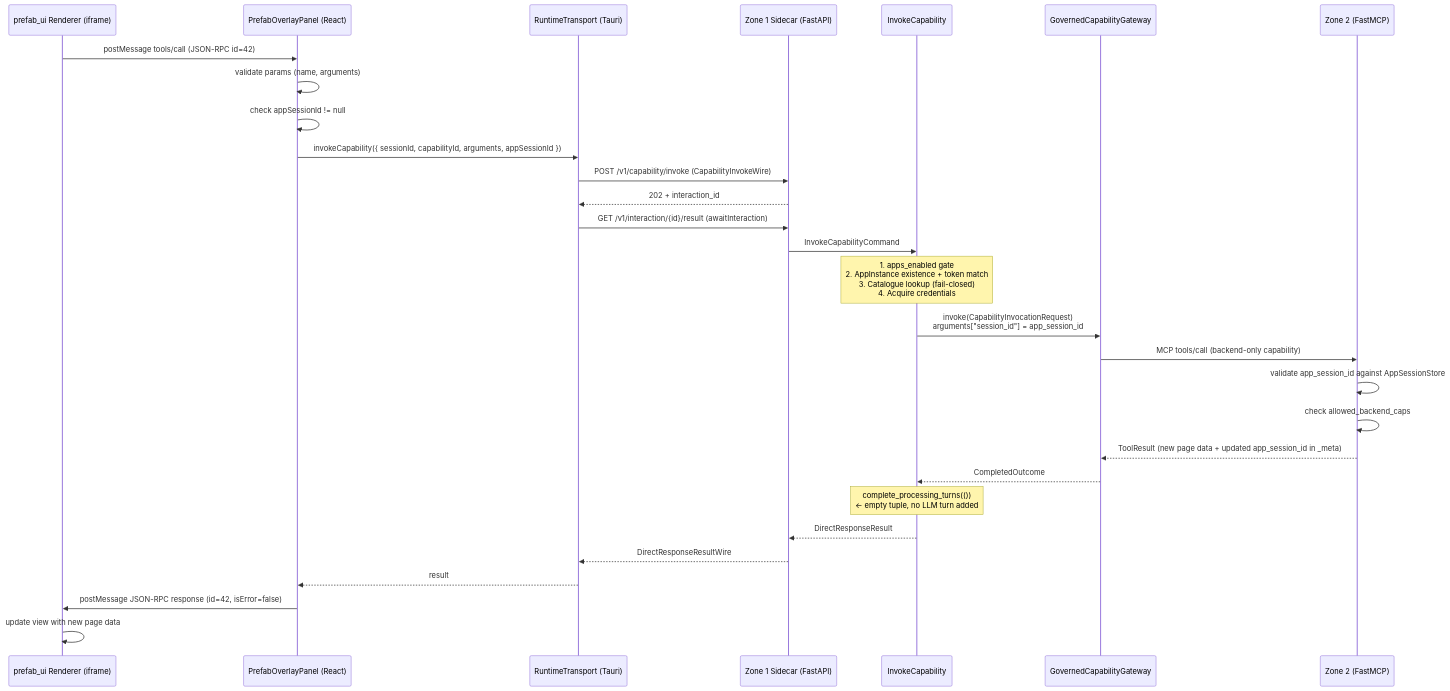
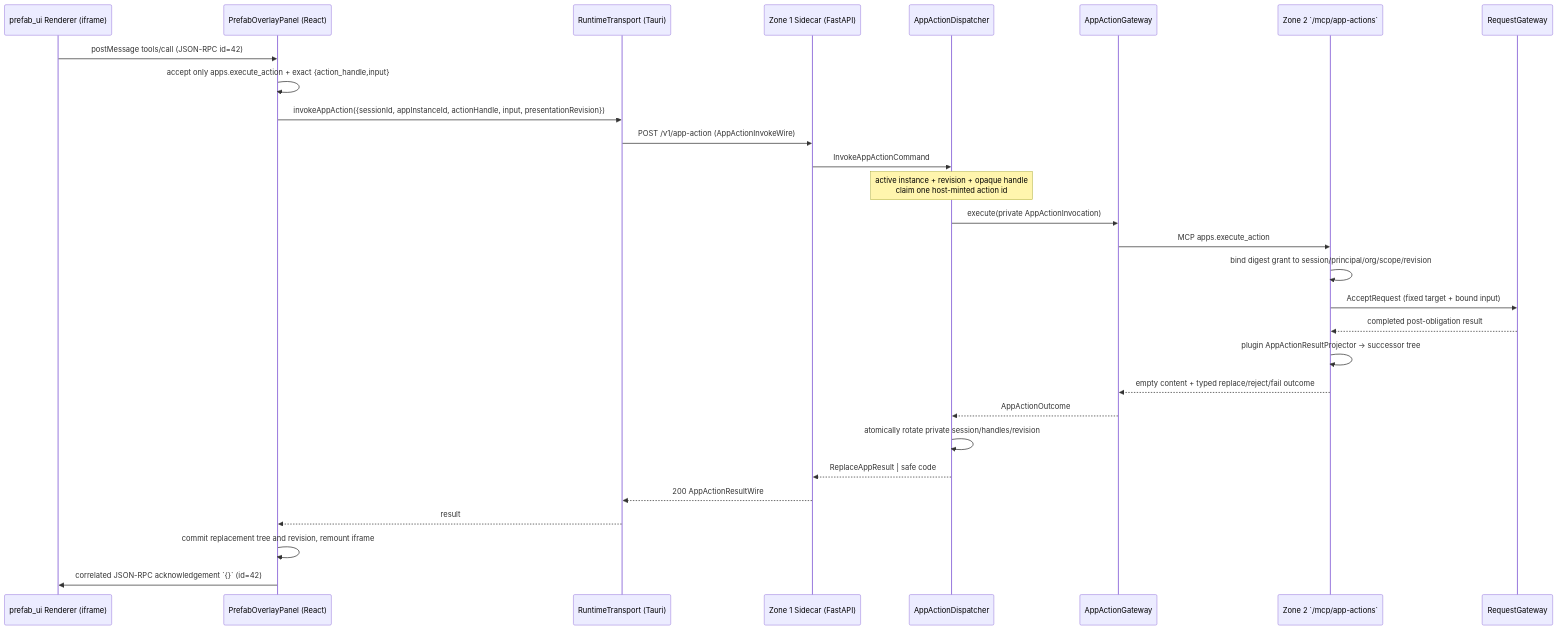
The fourth of 7 diagrams in docs/fastmcp-apps-and-prefab-overlay.md (CharlieAtki06/SovereignAgenticArchitecture), drawn with Mermaid before and after one commit. The commit also changed other lines of this file and 7 other files, not shown here.

````diff
--- a/docs/fastmcp-apps-and-prefab-overlay.md
+++ b/docs/fastmcp-apps-and-prefab-overlay.md
@@ -331,34 +399,32 @@
 ```mermaid
 sequenceDiagram
     participant Renderer as prefab_ui Renderer (iframe)
     participant Panel as PrefabOverlayPanel (React)
     participant Transport as RuntimeTransport (Tauri)
     participant Sidecar as Zone 1 Sidecar (FastAPI)
-    participant UseCase as InvokeCapability
-    participant Gateway as GovernedCapabilityGateway
-    participant Z2 as Zone 2 (FastMCP)
+    participant Dispatcher as AppActionDispatcher
+    participant Gateway as AppActionGateway
+    participant Z2 as Zone 2 `/mcp/app-actions`
+    participant Gov as RequestGateway
 
     Renderer->>Panel: postMessage tools/call (JSON-RPC id=42)
-    Panel->>Panel: validate params (name, arguments)
-    Panel->>Panel: check appSessionId != null
-    Panel->>Transport: invokeCapability({ sessionId, capabilityId, arguments, appSessionId })
-    Transport->>Sidecar: POST /v1/capability/invoke (CapabilityInvokeWire)
-    Sidecar-->>Transport: 202 + interaction_id
-    Transport->>Sidecar: GET /v1/interaction/{id}/result (awaitInteraction)
-
-    Sidecar->>UseCase: InvokeCapabilityCommand
-    Note over UseCase: 1. apps_enabled gate<br/>2. AppInstance existence + token match<br/>3. Catalogue lookup (fail-closed)<br/>4. Acquire credentials
-    UseCase->>Gateway: invoke(CapabilityInvocationRequest)<br/>arguments["session_id"] = app_session_id
-    Gateway->>Z2: MCP tools/call (backend-only capability)
-    Z2->>Z2: validate app_session_id against AppSessionStore
-    Z2->>Z2: check allowed_backend_caps
-    Z2-->>Gateway: ToolResult (new page data + updated app_session_id in _meta)
-    Gateway-->>UseCase: CompletedOutcome
-    Note over UseCase: complete_processing_turns(())<br/>← empty tuple, no LLM turn added
-    UseCase-->>Sidecar: DirectResponseResult
-
-    Sidecar-->>Transport: DirectResponseResultWire
+    Panel->>Panel: accept only apps.execute_action + exact {action_handle,input}
+    Panel->>Transport: invokeAppAction({sessionId, appInstanceId, actionHandle, input, presentationRevision})
+    Transport->>Sidecar: POST /v1/app-action (AppActionInvokeWire)
+    Sidecar->>Dispatcher: InvokeAppActionCommand
+    Note over Dispatcher: active instance + revision + opaque handle<br/>claim one host-minted action id
+    Dispatcher->>Gateway: execute(private AppActionInvocation)
+    Gateway->>Z2: MCP apps.execute_action
+    Z2->>Z2: bind digest grant to session/principal/org/scope/revision
+    Z2->>Gov: AcceptRequest (fixed target + bound input)
+    Gov-->>Z2: completed post-obligation result
+    Z2->>Z2: plugin AppActionResultProjector → successor tree
+    Z2-->>Gateway: empty content + typed replace/reject/fail outcome
+    Gateway-->>Dispatcher: AppActionOutcome
+    Dispatcher->>Dispatcher: atomically rotate private session/handles/revision
+    Dispatcher-->>Sidecar: ReplaceAppResult | safe code
+    Sidecar-->>Transport: 200 AppActionResultWire
     Transport-->>Panel: result
-    Panel->>Renderer: postMessage JSON-RPC response (id=42, isError=false)
-    Renderer->>Renderer: update view with new page data
+    Panel->>Panel: commit replacement tree and revision, remount iframe
+    Panel->>Renderer: correlated JSON-RPC acknowledgement `{}` (id=42)
 ```
````
